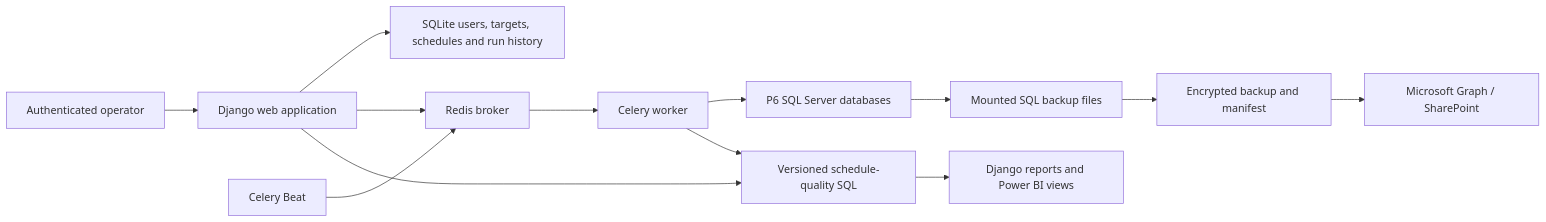
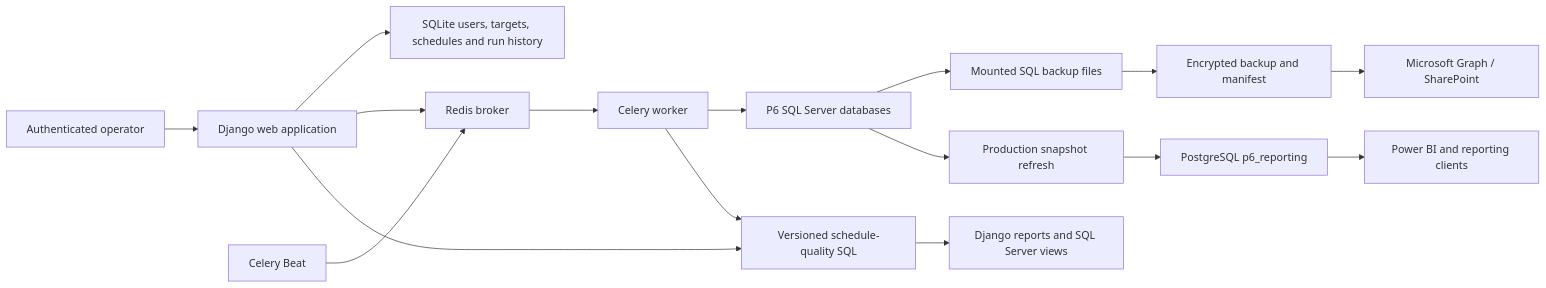
One commit to mathew-bateman/P6 changed the diagram in README.md. Above: the diagram before and after it, drawn with Mermaid. The commit also changed other lines of this file, not shown here.

Commit message:
Document complete P6 workspace and reporting architecture

````diff
--- a/README.md
+++ b/README.md
@@ -24,15 +36,18 @@
 ```mermaid
 flowchart LR
     U["Authenticated operator"] --> W["Django web application"]
     W --> S["SQLite users, targets, schedules and run history"]
     W --> R["Redis broker"]
     B["Celery Beat"] --> R
     R --> C["Celery worker"]
     C --> P6["P6 SQL Server databases"]
     P6 --> F["Mounted SQL backup files"]
     F --> E["Encrypted backup and manifest"]
     E --> G["Microsoft Graph / SharePoint"]
     W --> Q["Versioned schedule-quality SQL"]
     C --> Q
-    Q --> BI["Django reports and Power BI views"]
+    Q --> DR["Django reports and SQL Server views"]
+    P6 --> M["Production snapshot refresh"]
+    M --> PG["PostgreSQL p6_reporting"]
+    PG --> BI["Power BI and reporting clients"]
 ```
````
